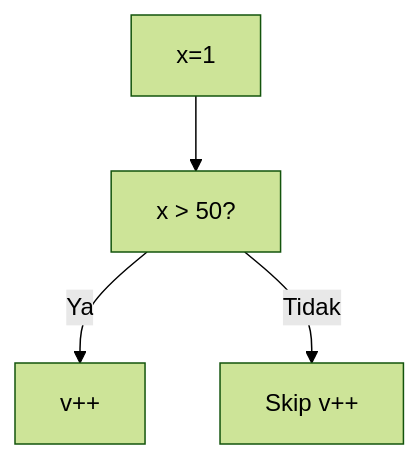
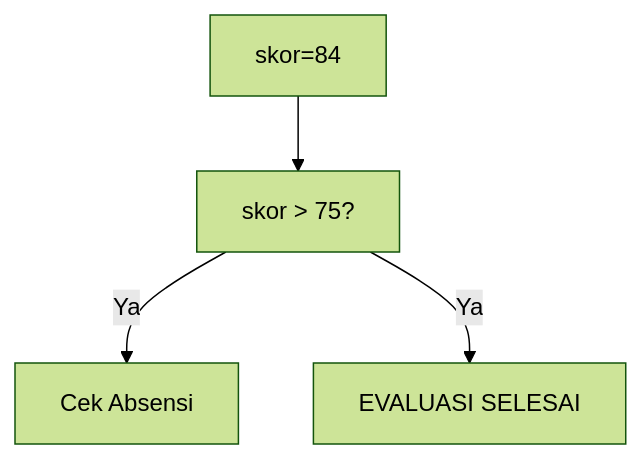
The fifth of 25 diagrams in part-c-pemahaman-cpp/02-percabangan/latihan/set-06.md (amnahwaida/OSNK_INF_PREP), drawn with Mermaid (forest theme) before and after one commit. The commit also changed other lines of this file and 71 other files, not shown here.

````diff
--- a/part-c-pemahaman-cpp/02-percabangan/latihan/set-06.md
+++ b/part-c-pemahaman-cpp/02-percabangan/latihan/set-06.md
@@ -133,6 +140,6 @@
 ```mermaid
 graph TD
-A["x=1"] --> B["x > 50?"]
-B -- Ya --> C["v++"]
-B -- Tidak --> D["Skip v++"]
+A["skor=84"] --> B["skor > 75?"]
+B -- Ya --> C["Cek Absensi"]
+B -- Ya --> D["EVALUASI SELESAI"]
 ```
````
